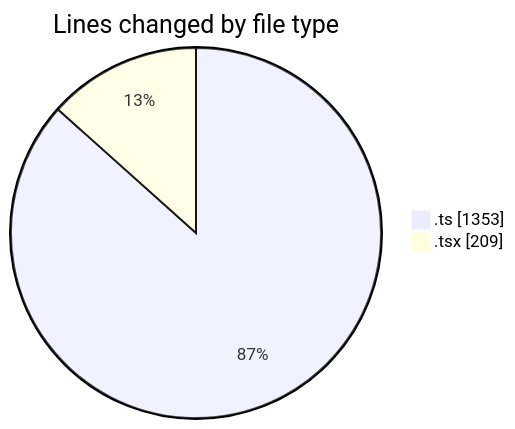
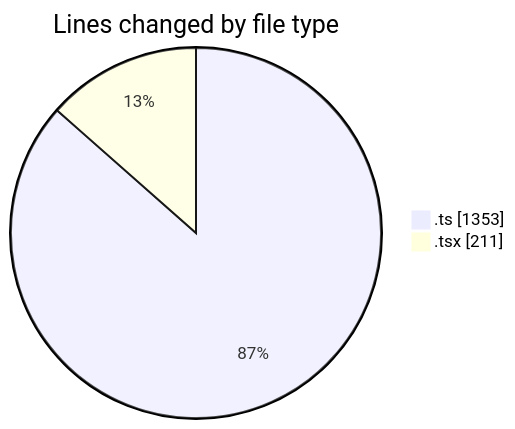
The first of 2 diagrams in 2026-03-12/nxtqube_webapp/README.md (nxtqubesakshisongat/code-tracking), drawn with Mermaid before and after one commit. The commit also changed other lines of this file and 1 other file, not shown here.

````diff
--- a/2026-03-12/nxtqube_webapp/README.md
+++ b/2026-03-12/nxtqube_webapp/README.md
@@ -25,6 +25,6 @@
 ```mermaid
 pie showData
 title Lines changed by file type
 ".ts" : 1353
-".tsx" : 209
+".tsx" : 211
 ```
````
